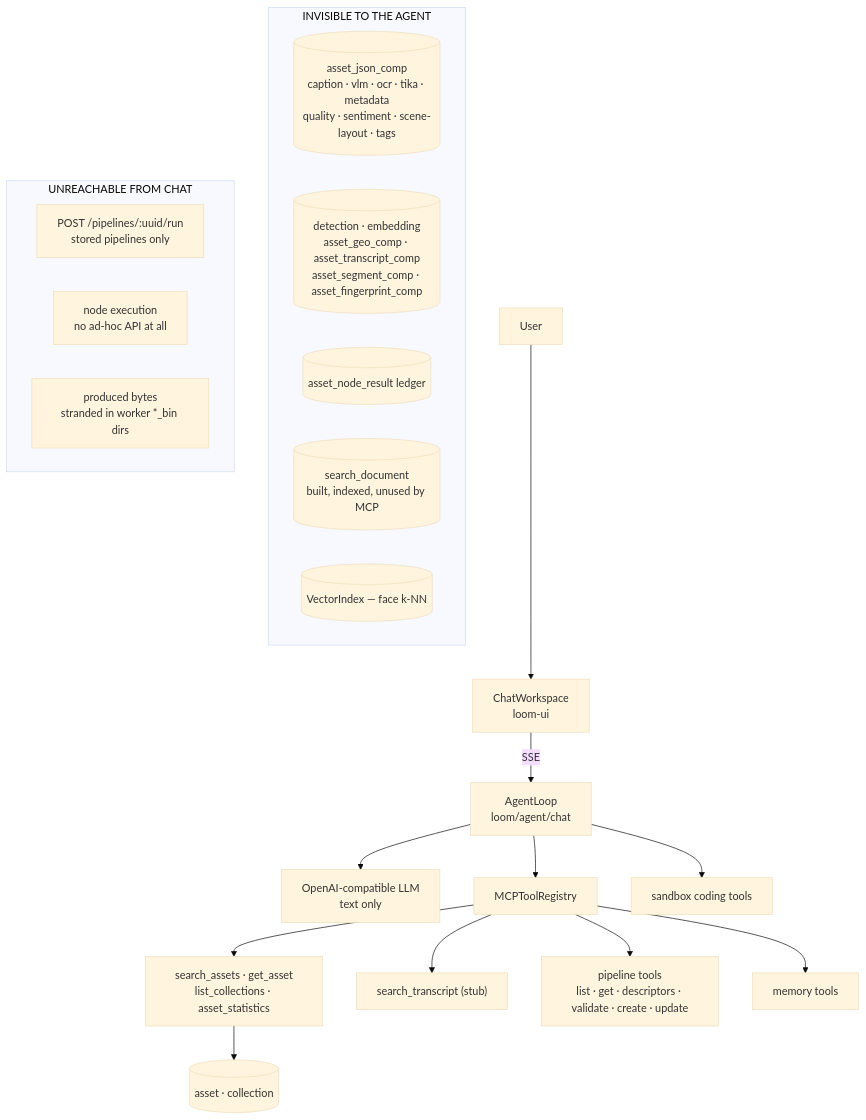
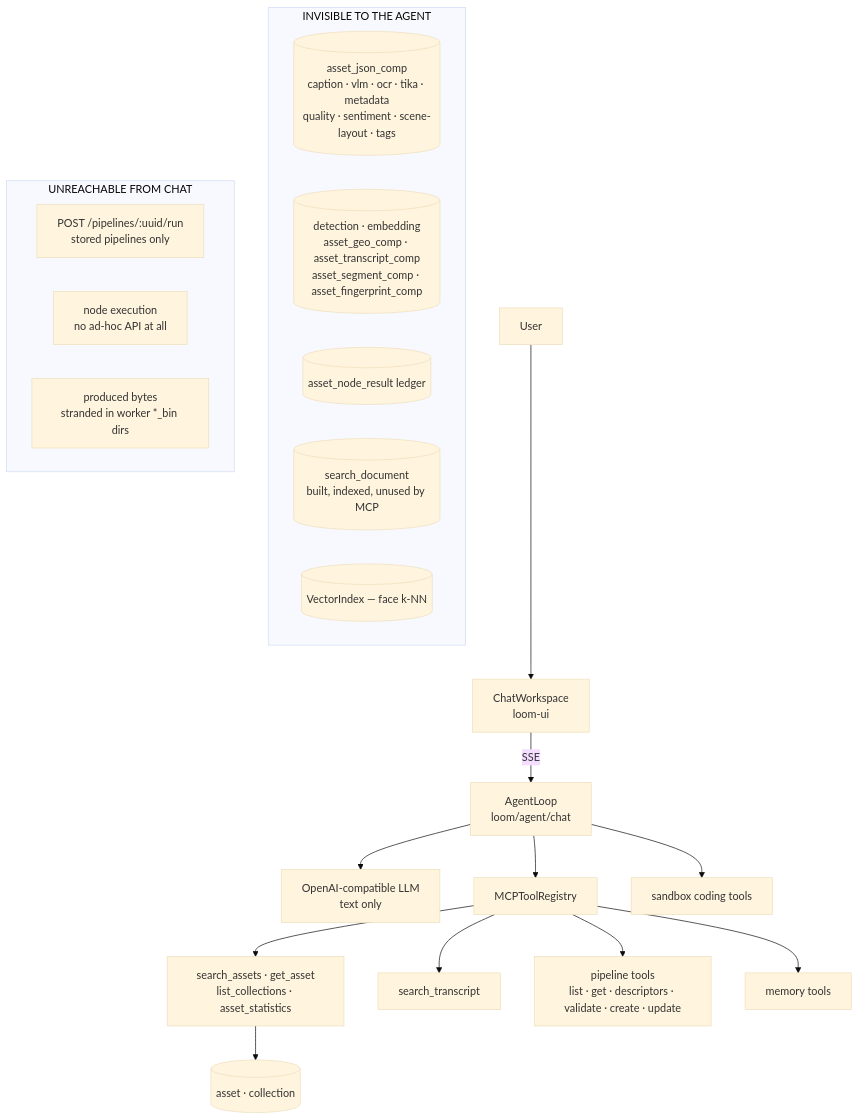
Before and after one commit to metaloom/metaloom: the second of 3 diagrams in spec/chat/AGENTIC_CHAT_PLAN.md, drawn with Mermaid (base theme). The commit also changed other lines of this file and 17 other files, not shown here.

````diff
--- a/spec/chat/AGENTIC_CHAT_PLAN.md
+++ b/spec/chat/AGENTIC_CHAT_PLAN.md
@@ -100,29 +101,29 @@
 ```mermaid
 graph TB
     U[User] --> CW["ChatWorkspace<br/>loom-ui"]
     CW -->|SSE| AL["AgentLoop<br/>loom/agent/chat"]
     AL --> LLM["OpenAI-compatible LLM<br/>text only"]
     AL --> REG["MCPToolRegistry"]
 
     REG --> T1["search_assets · get_asset<br/>list_collections · asset_statistics"]
-    REG --> T2["search_transcript (stub)"]
+    REG --> T2["search_transcript"]
     REG --> T3["pipeline tools<br/>list · get · descriptors · validate · create · update"]
     REG --> T4["memory tools"]
     AL --> SB["sandbox coding tools"]
 
     T1 --> DAO[("asset · collection")]
 
     subgraph invisible["INVISIBLE TO THE AGENT"]
         C1[("asset_json_comp<br/>caption · vlm · ocr · tika · metadata<br/>quality · sentiment · scene-layout · tags")]
         C2[("detection · embedding<br/>asset_geo_comp · asset_transcript_comp<br/>asset_segment_comp · asset_fingerprint_comp")]
         C3[("asset_node_result ledger")]
         C4[("search_document<br/>built, indexed, unused by MCP")]
         C5[("VectorIndex — face k-NN")]
     end
 
     subgraph unreachable["UNREACHABLE FROM CHAT"]
         P1["POST /pipelines/:uuid/run<br/>stored pipelines only"]
         P2["node execution<br/>no ad-hoc API at all"]
         P3["produced bytes<br/>stranded in worker *_bin dirs"]
     end
 ```
````
